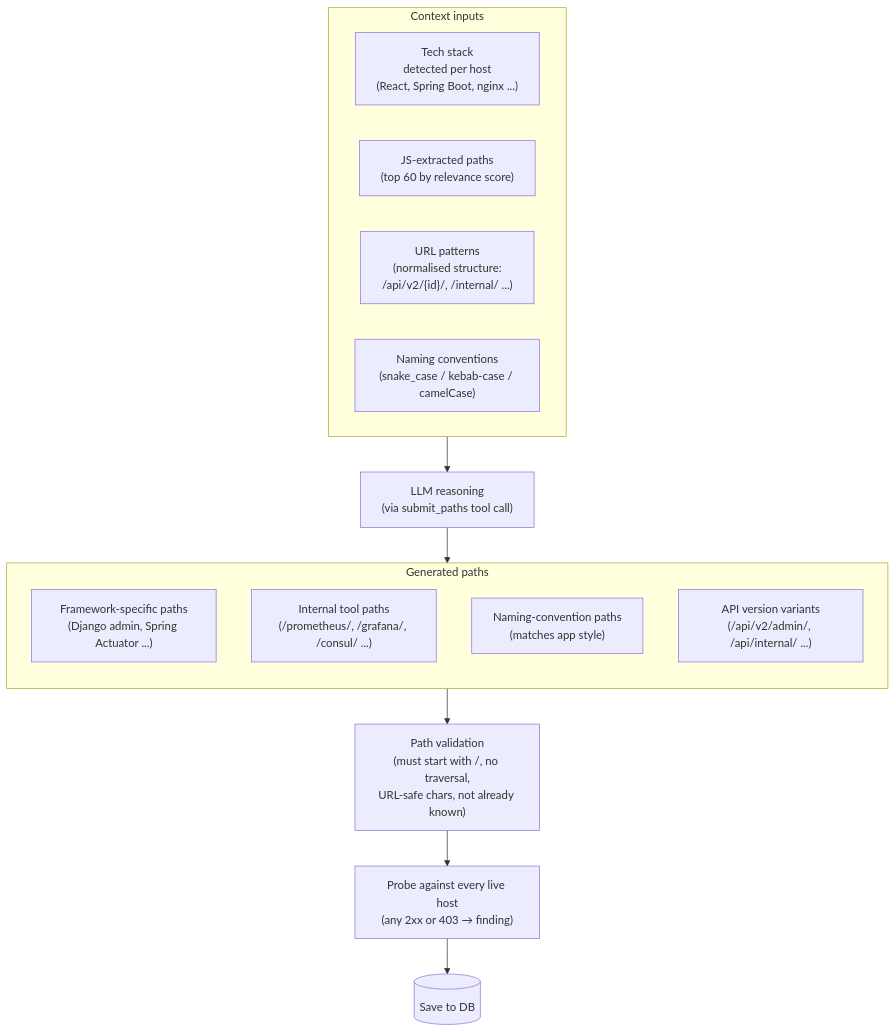
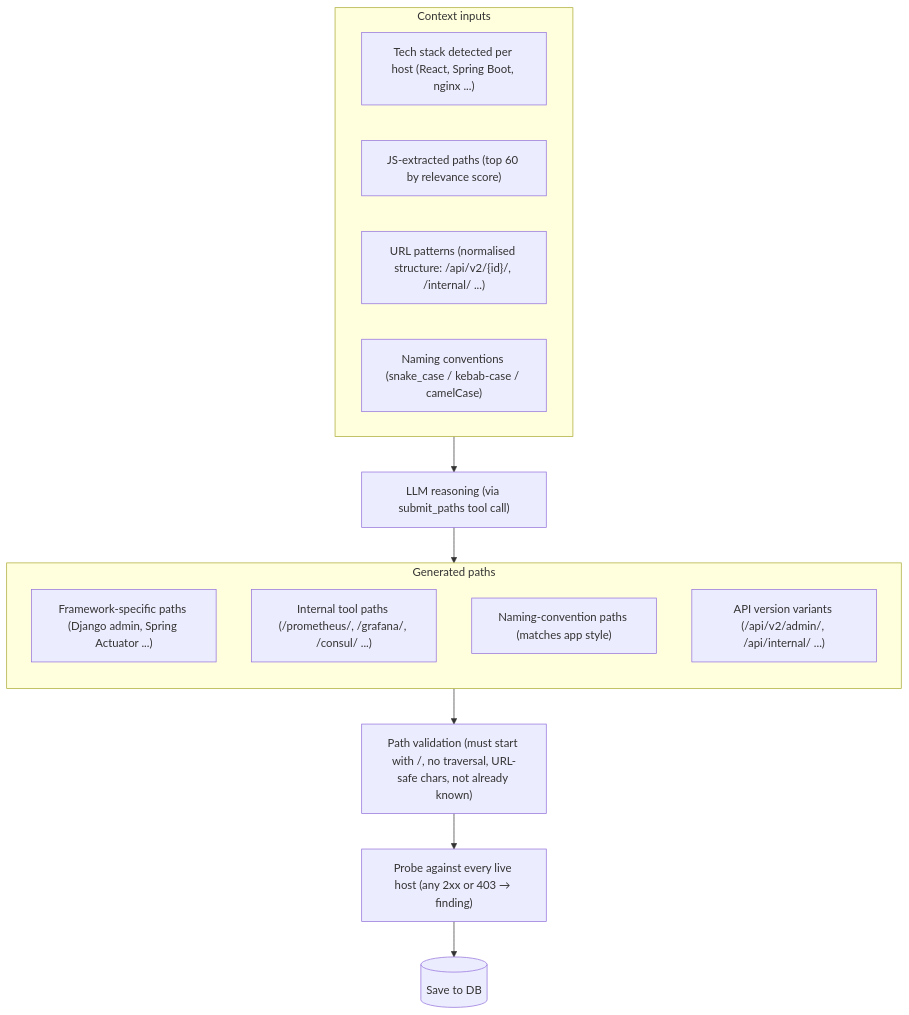
The fourth of 12 diagrams in README.md (chegelawrence/liminal), drawn with Mermaid before and after one commit. The commit also changed other lines of this file, not shown here.

````diff
--- a/README.md
+++ b/README.md
@@ -362,26 +362,26 @@
 ```mermaid
 flowchart TD
     CONTEXT["Context gathered from recon"] --> LLM
 
     subgraph CONTEXT["Context inputs"]
         direction LR
-        TECH["Tech stack\ndetected per host\n(React, Spring Boot, nginx ...)"]
-        JSROUTES["JS-extracted paths\n(top 60 by relevance score)"]
-        URLPAT["URL patterns\n(normalised structure:\n/api/v2/{id}/, /internal/ ...)"]
-        CONV["Naming conventions\n(snake_case / kebab-case / camelCase)"]
+        TECH["Tech stack detected per host (React, Spring Boot, nginx ...)"]
+        JSROUTES["JS-extracted paths (top 60 by relevance score)"]
+        URLPAT["URL patterns (normalised structure: /api/v2/{id}/, /internal/ ...)"]
+        CONV["Naming conventions (snake_case / kebab-case / camelCase)"]
     end
 
-    LLM["LLM reasoning\n(via submit_paths tool call)"] --> PATHS
+    LLM["LLM reasoning (via submit_paths tool call)"] --> PATHS
 
     subgraph PATHS["Generated paths"]
         direction TB
-        TECH_P["Framework-specific paths\n(Django admin, Spring Actuator ...)"]
-        INFRA_P["Internal tool paths\n(/prometheus/, /grafana/, /consul/ ...)"]
-        CONV_P["Naming-convention paths\n(matches app style)"]
-        VAR_P["API version variants\n(/api/v2/admin/, /api/internal/ ...)"]
+        TECH_P["Framework-specific paths (Django admin, Spring Actuator ...)"]
+        INFRA_P["Internal tool paths (/prometheus/, /grafana/, /consul/ ...)"]
+        CONV_P["Naming-convention paths (matches app style)"]
+        VAR_P["API version variants (/api/v2/admin/, /api/internal/ ...)"]
     end
 
-    PATHS --> VALIDATE["Path validation\n(must start with /, no traversal,\nURL-safe chars, not already known)"]
-    VALIDATE --> PROBE["Probe against every live host\n(any 2xx or 403 → finding)"]
+    PATHS --> VALIDATE["Path validation (must start with /, no traversal, URL-safe chars, not already known)"]
+    VALIDATE --> PROBE["Probe against every live host (any 2xx or 403 → finding)"]
     PROBE --> DB[("Save to DB")]
 ```
````
